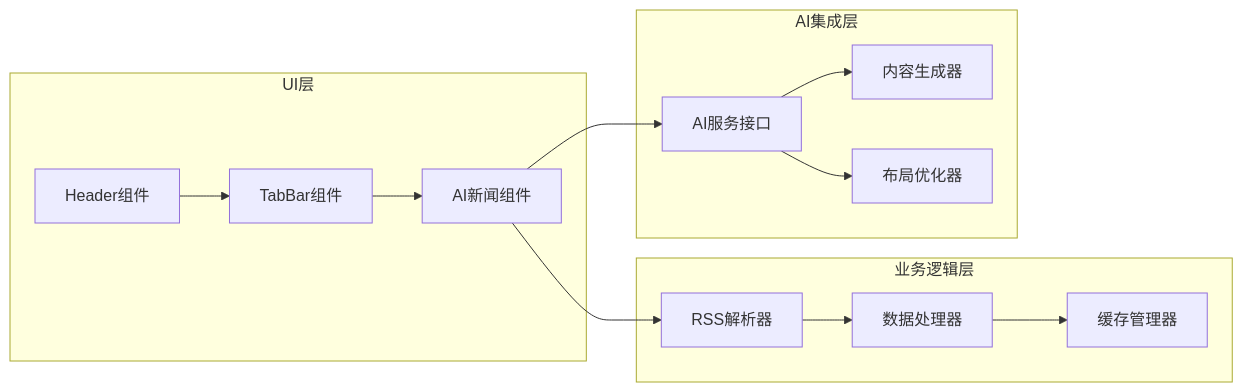
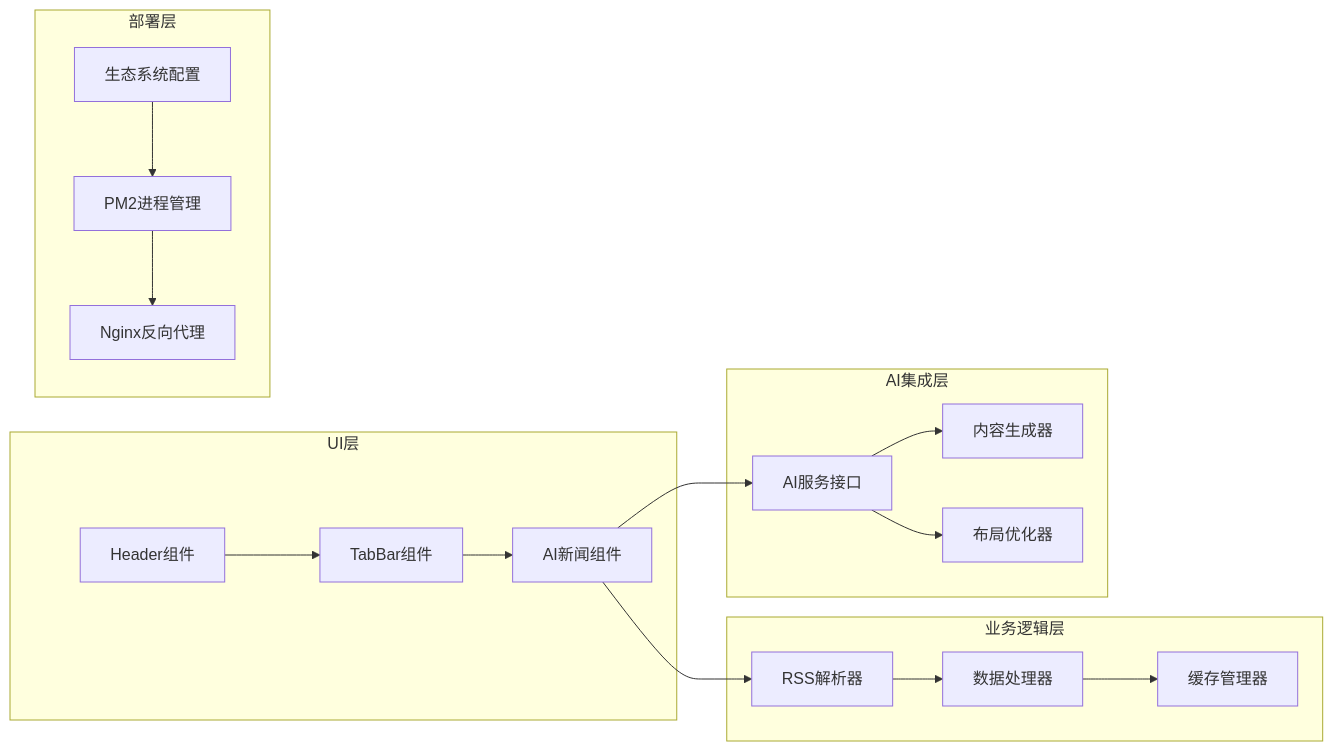
The tenth of 10 diagrams in .qoder/repowiki/zh/content/Superpowers AI集成.md (huanglixinccc/next-demo-collection), drawn with Mermaid before and after one commit. The commit also changed other lines of this file and 10 other files, not shown here.

````diff
--- a/.qoder/repowiki/zh/content/Superpowers AI集成.md
+++ b/.qoder/repowiki/zh/content/Superpowers AI集成.md
@@ -332,26 +419,33 @@
 ```mermaid
 graph LR
 subgraph "UI层"
 Header[Header组件]
 TabBar[TabBar组件]
 AINews[AI新闻组件]
 end
 subgraph "业务逻辑层"
 RSSParser[RSS解析器]
 DataProcessor[数据处理器]
 CacheManager[缓存管理器]
 end
 subgraph "AI集成层"
 AIService[AI服务接口]
 ContentGenerator[内容生成器]
 LayoutOptimizer[布局优化器]
 end
+subgraph "部署层"
+PM2[PM2进程管理]
+Nginx[Nginx反向代理]
+Ecosystem[生态系统配置]
+end
 Header --> TabBar
 TabBar --> AINews
 AINews --> RSSParser
 RSSParser --> DataProcessor
 DataProcessor --> CacheManager
 AINews --> AIService
 AIService --> ContentGenerator
 AIService --> LayoutOptimizer
+Ecosystem --> PM2
+PM2 --> Nginx
 ```
````
